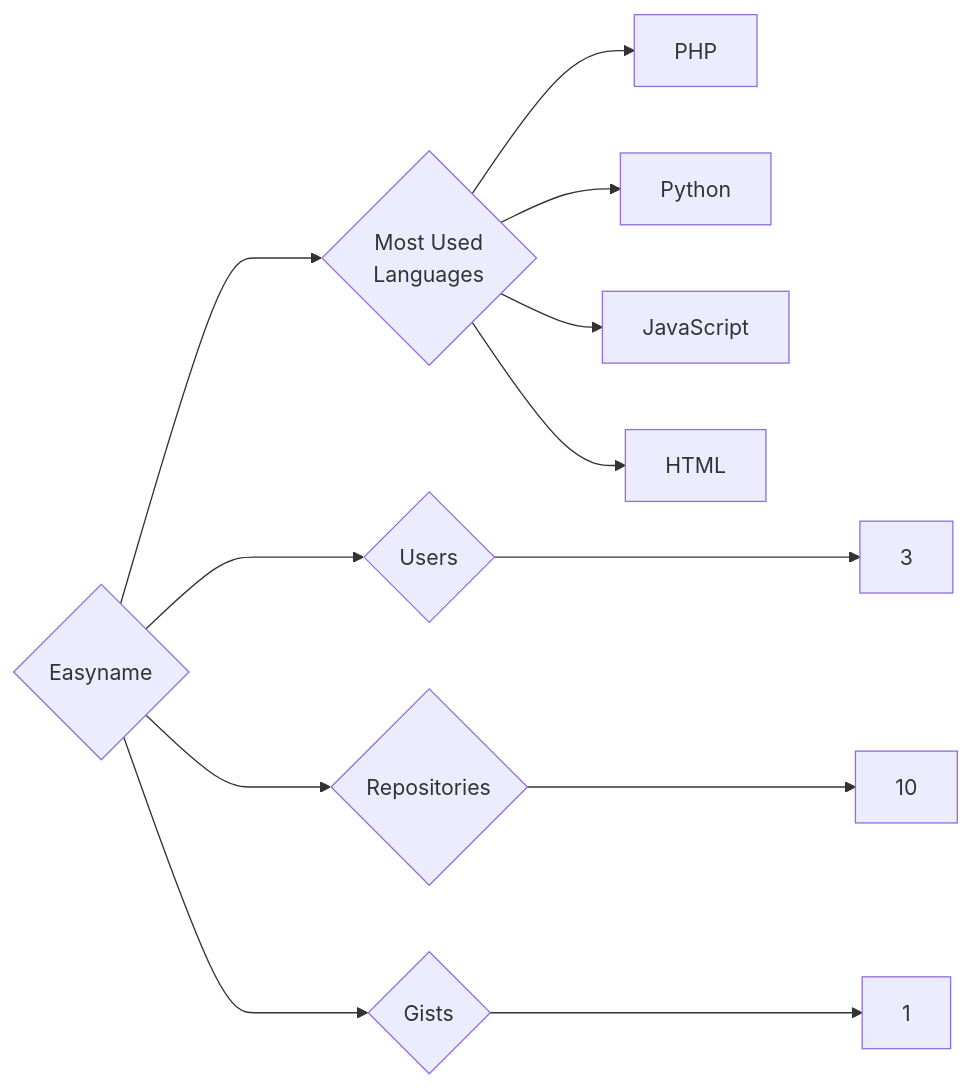
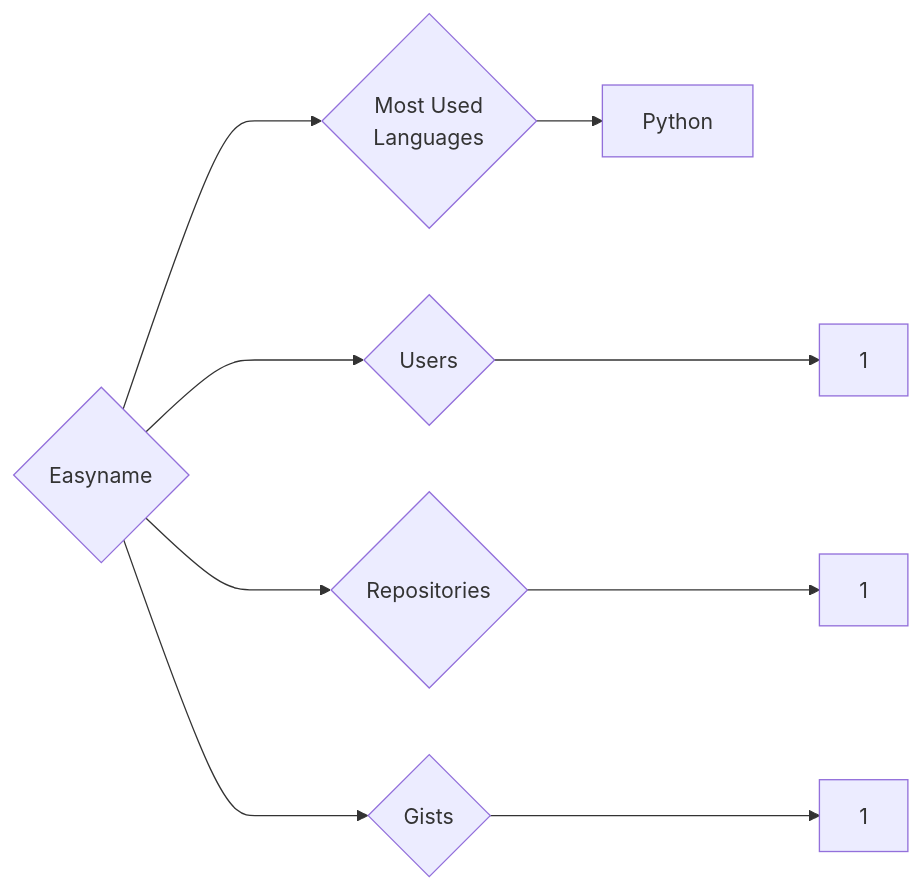
Before and after one commit to trickest/insiders: the diagram in targets/Easyname/README.md, drawn with Mermaid. The commit also changed 640 other files, not shown here.

````diff
--- a/targets/Easyname/README.md
+++ b/targets/Easyname/README.md
@@ -3,12 +3,9 @@
 ```mermaid
 graph LR
 COMPANY_NAME{Easyname}
-COMPANY_NAME ---> U{Users} ---> UN[3]
-COMPANY_NAME ---> R{Repositories} ---> RN[10]
+COMPANY_NAME ---> U{Users} ---> UN[1]
+COMPANY_NAME ---> R{Repositories} ---> RN[1]
 COMPANY_NAME ---> G{Gists} ---> GN[1]
 COMPANY_NAME ---> ML{Most Used<br>Languages}
-ML --> PHP[PHP]
 ML --> Python[Python]
-ML --> JavaScript[JavaScript]
-ML --> HTML[HTML]
 ```
````
